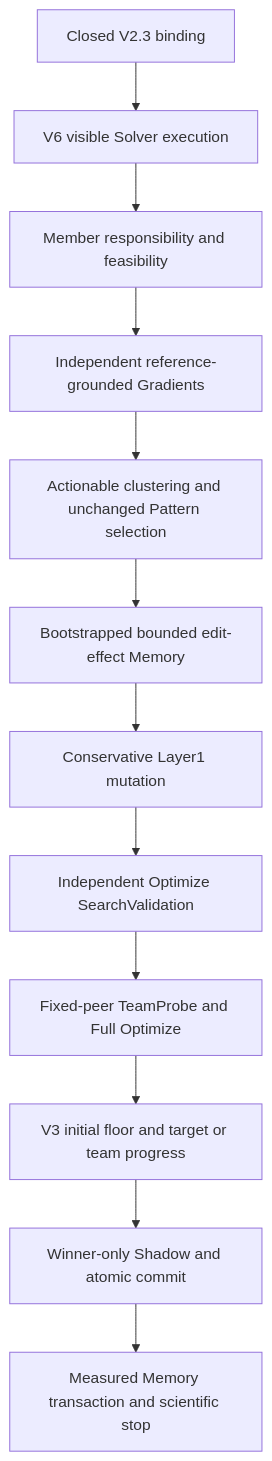
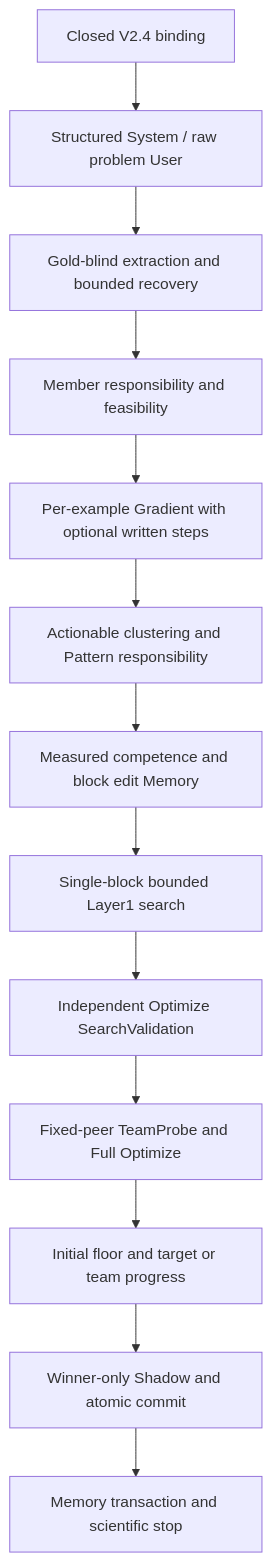
The diagram in docs/design/CURRENT_RUNTIME_COMPOSITION.md (mmmmyyyxx/multi_agent_diversity), drawn with Mermaid before and after one commit. The commit also changed other lines of this file and 278 other files, not shown here.

Commit message:
Implement V2.4 structured system prompt optimization and retire old runtime

````diff
--- a/docs/design/CURRENT_RUNTIME_COMPOSITION.md
+++ b/docs/design/CURRENT_RUNTIME_COMPOSITION.md
@@ -8,14 +7,15 @@
 ```mermaid
 flowchart TD
-  B[Closed V2.3 binding] --> S[V6 visible Solver execution]
-  S --> R[Member responsibility and feasibility]
-  R --> G[Independent reference-grounded Gradients]
-  G --> P[Actionable clustering and unchanged Pattern selection]
-  P --> M[Bootstrapped bounded edit-effect Memory]
-  M --> L[Conservative Layer1 mutation]
+  B[Closed V2.4 binding] --> S[Structured System / raw problem User]
+  S --> A[Gold-blind extraction and bounded recovery]
+  A --> R[Member responsibility and feasibility]
+  R --> G[Per-example Gradient with optional written steps]
+  G --> P[Actionable clustering and Pattern responsibility]
+  P --> M[Measured competence and block edit Memory]
+  M --> L[Single-block bounded Layer1 search]
   L --> V[Independent Optimize SearchValidation]
   V --> T[Fixed-peer TeamProbe and Full Optimize]
-  T --> D[V3 initial floor and target or team progress]
+  T --> D[Initial floor and target or team progress]
   D --> H[Winner-only Shadow and atomic commit]
-  H --> E[Measured Memory transaction and scientific stop]
+  H --> E[Memory transaction and scientific stop]
 ```
````
